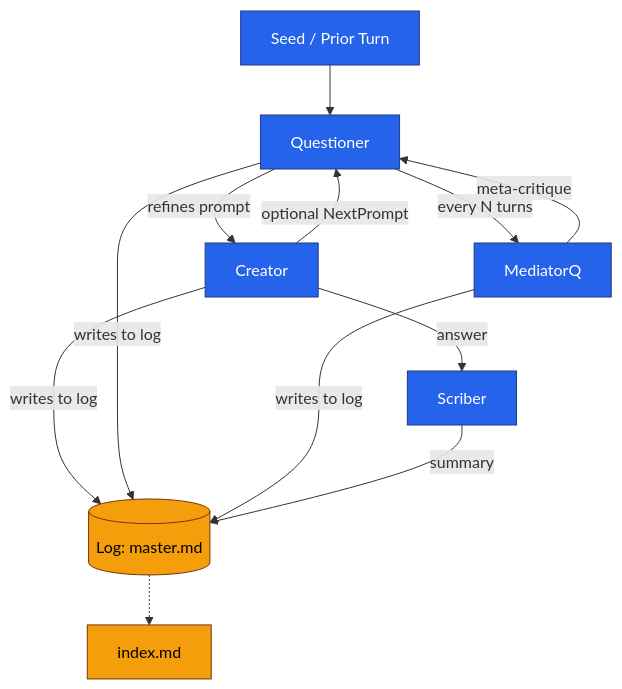
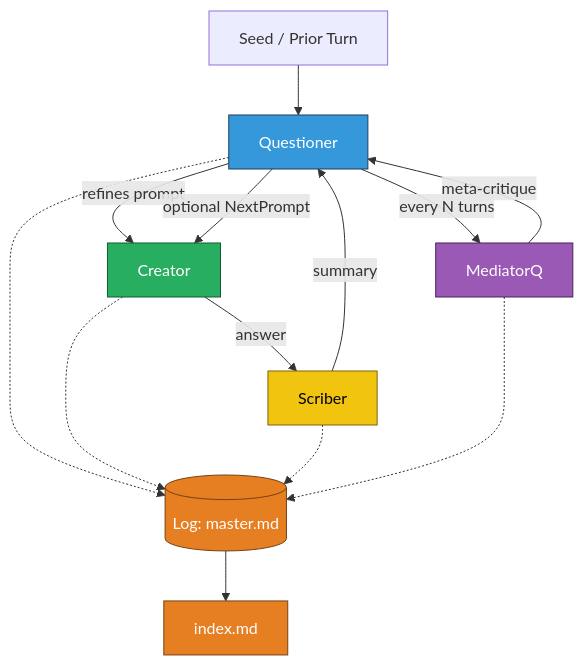
One commit to m10ust/metaformers changed the first of 2 diagrams in README.md. Above: the diagram before and after it, drawn with Mermaid.

````diff
--- a/README.md
+++ b/README.md
@@ -21,25 +21,44 @@
 ```mermaid
 
 flowchart TD
-  %% Core loop
-  U[Seed / Prior Turn] --> Q[Questioner]
-  Q -->|refines prompt| C[Creator]
-  C -->|answer| S[Scriber]
-  C -->|writes to log| L[(Log: master.md)]
-  Q -->|writes to log| L
-  M -->|writes to log| L
-  S -->|summary| L
-  C -->|optional NextPrompt| Q
-  Q -->|every N turns| M[MediatorQ]
-  M -->|meta-critique| Q
-  L -.-> IDX[index.md]
+    %% Nodes
+    U[Seed / Prior Turn]
+    Q[Questioner]
+    C[Creator]
+    S[Scriber]
+    M[MediatorQ]
+    L[(Log: master.md)]
+    IDX[index.md]
 
-  %% Styling
-  classDef actor fill:#2563eb,stroke:#1e3a8a,color:#ffffff;
-  classDef helper fill:#059669,stroke:#064e3b,color:#ffffff;
-  classDef log fill:#f59e0b,stroke:#78350f,color:#000000;
+    %% Core flows
+    U --> Q
+    Q -->|refines prompt| C
+    C -->|answer| S
+    S -->|summary| Q
+    Q -->|every N turns| M
+    M -->|meta-critique| Q
+    Q -->|optional NextPrompt| C
 
-  class U,Q,C,S,M actor;
-  class L,IDX log;
+    %% Logging (dashed)
+    Q -.-> L
+    C -.-> L
+    S -.-> L
+    M -.-> L
+    L --> IDX
+
+    %% Styles
+    classDef questioner fill:#3498db,stroke:#1f3d5a,color:#fff;
+    classDef creator fill:#27ae60,stroke:#145a32,color:#fff;
+    classDef scriber fill:#f1c40f,stroke:#7d6608,color:#000;
+    classDef mediator fill:#9b59b6,stroke:#4a235a,color:#fff;
+    classDef log fill:#e67e22,stroke:#784212,color:#fff;
+    classDef index fill:#e67e22,stroke:#784212,color:#fff;
+
+    class Q questioner;
+    class C creator;
+    class S scriber;
+    class M mediator;
+    class L log;
+    class IDX index;
 
 ```
````
